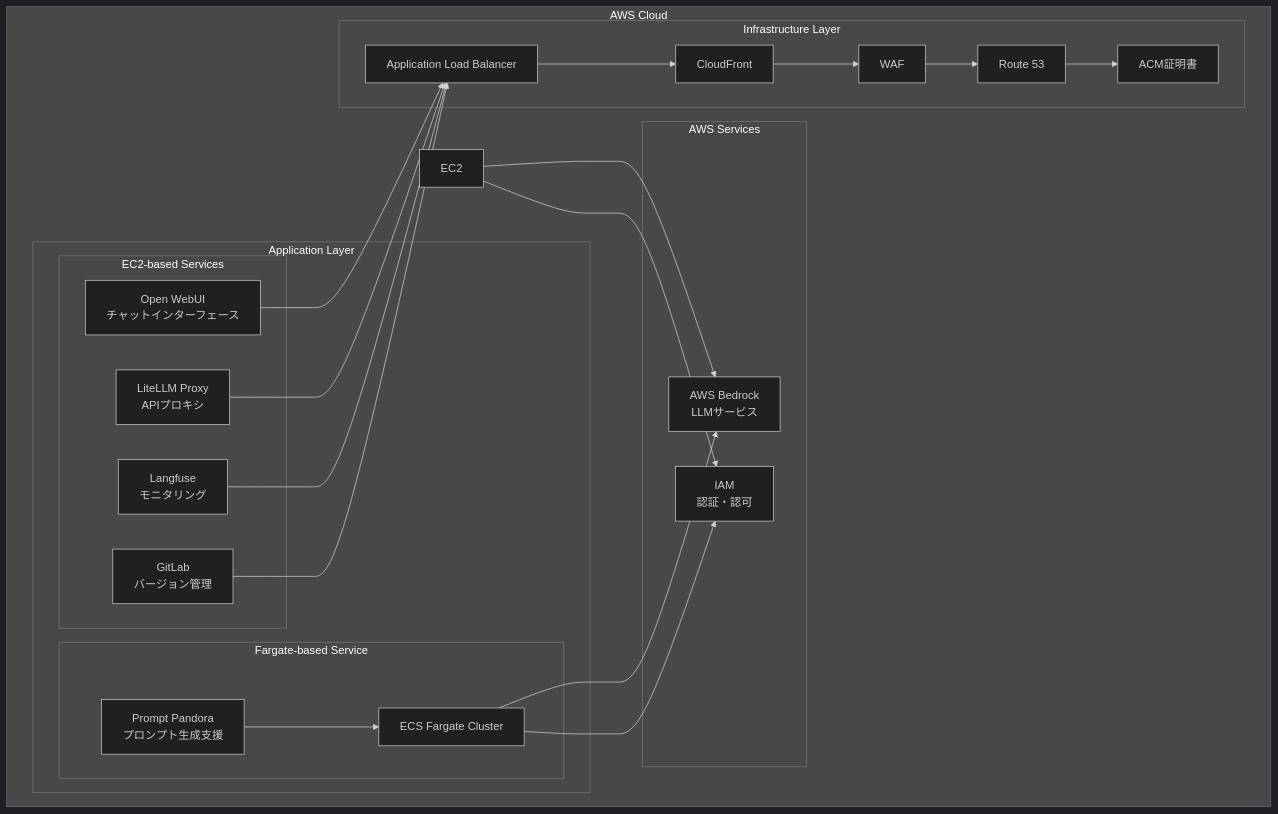
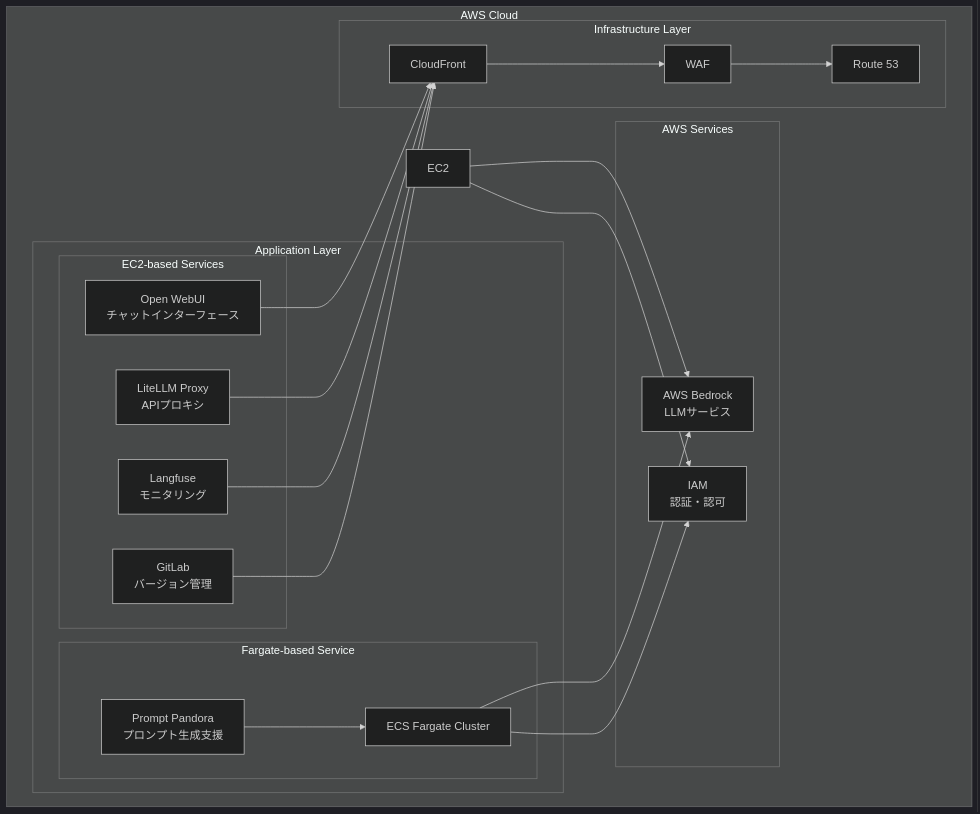
The diagram in README.md (Sunwood-ai-labs/AMATERASU), drawn with Mermaid (dark theme) before and after one commit. The commit also changed other lines of this file, not shown here.

````diff
--- a/README.md
+++ b/README.md
@@ -48,47 +48,43 @@
 ```mermaid
 graph TB
     subgraph "AWS Cloud"
         subgraph "Application Layer"
             subgraph "EC2-based Services"
                 OW["Open WebUI<br/>チャットインターフェース"]
                 LL["LiteLLM Proxy<br/>APIプロキシ"]
                 LF["Langfuse<br/>モニタリング"]
                 GL["GitLab<br/>バージョン管理"]
             end
             
             subgraph "Fargate-based Service"
                 PP["Prompt Pandora<br/>プロンプト生成支援"]
                 ECS["ECS Fargate Cluster"]
             end
         end
         
         subgraph "Infrastructure Layer"
-            ALB["Application Load Balancer"]
             CF["CloudFront"]
             WAF["WAF"]
             R53["Route 53"]
-            ACM["ACM証明書"]
         end
         
         subgraph "AWS Services"
             Bedrock["AWS Bedrock<br/>LLMサービス"]
             IAM["IAM<br/>認証・認可"]
         end
         
-        OW --> ALB
-        LL --> ALB
-        LF --> ALB
-        GL --> ALB
+        OW --> CF
+        LL --> CF
+        LF --> CF
+        GL --> CF
         PP --> ECS
         
-        ALB --> CF
         CF --> WAF
         WAF --> R53
-        R53 --> ACM
         
         EC2 --> Bedrock
         ECS --> Bedrock
         EC2 --> IAM
         ECS --> IAM
     end
 ```
````
